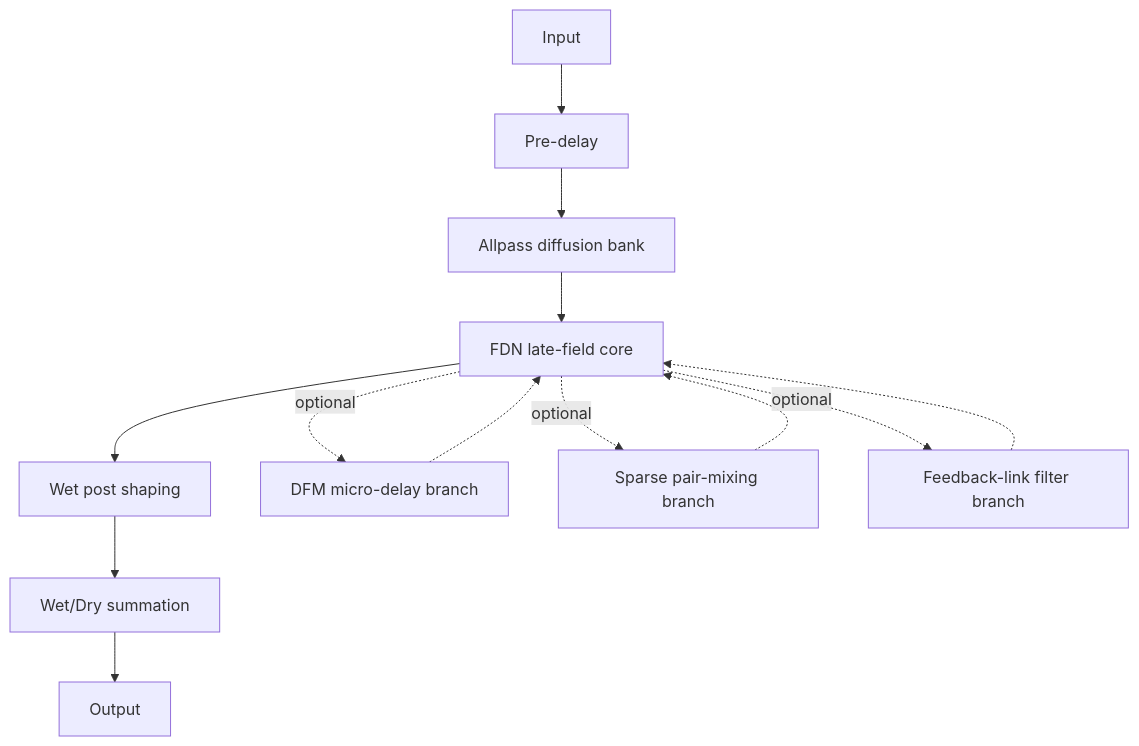
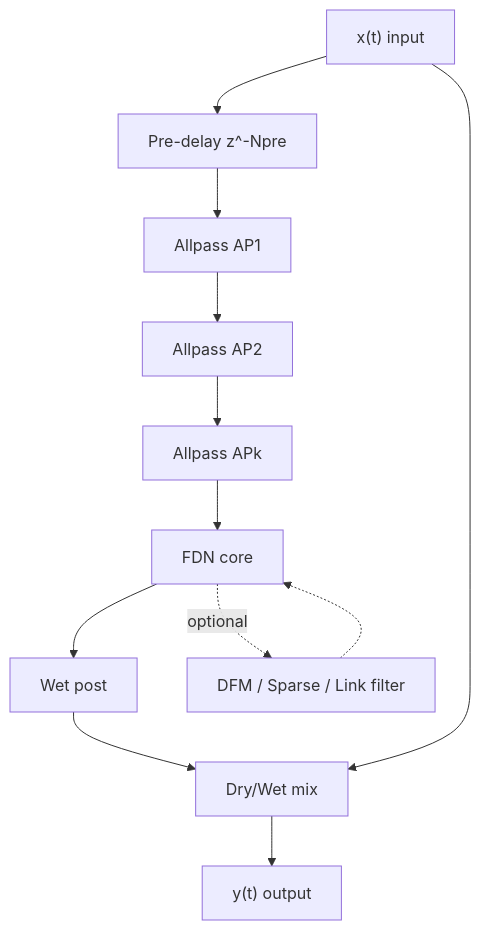
One commit to TheColby/verbx changed the fifth of 15 diagrams in README.md. Above: the diagram before and after it, drawn with Mermaid. The commit also changed other lines of this file, not shown here.

Commit message:
docs: improve FDN diagrams and add detailed DSP flow section

````diff
--- a/README.md
+++ b/README.md
@@ -1412,15 +1419,14 @@
 ```mermaid
 flowchart TD
-  A["Input"] --> B["Pre-delay"]
-  B --> C["Allpass diffusion bank"]
-  C --> D["FDN late-field core"]
-  D --> E["Wet post shaping"]
-  E --> F["Wet/Dry summation"]
-  F --> G["Output"]
-  D -. optional .-> H["DFM micro-delay branch"]
-  D -. optional .-> I["Sparse pair-mixing branch"]
-  D -. optional .-> J["Feedback-link filter branch"]
-  H -.-> D
-  I -.-> D
-  J -.-> D
+  X["x(t) input"] --> P["Pre-delay z^-Npre"]
+  P --> A1["Allpass AP1"]
+  A1 --> A2["Allpass AP2"]
+  A2 --> AK["Allpass APk"]
+  AK --> FDN["FDN core"]
+  FDN --> POST["Wet post"]
+  POST --> MIX["Dry/Wet mix"]
+  X --> MIX
+  MIX --> Y["y(t) output"]
+  FDN -. optional .-> OPT["DFM / Sparse / Link filter"]
+  OPT -.-> FDN
 ```
````
